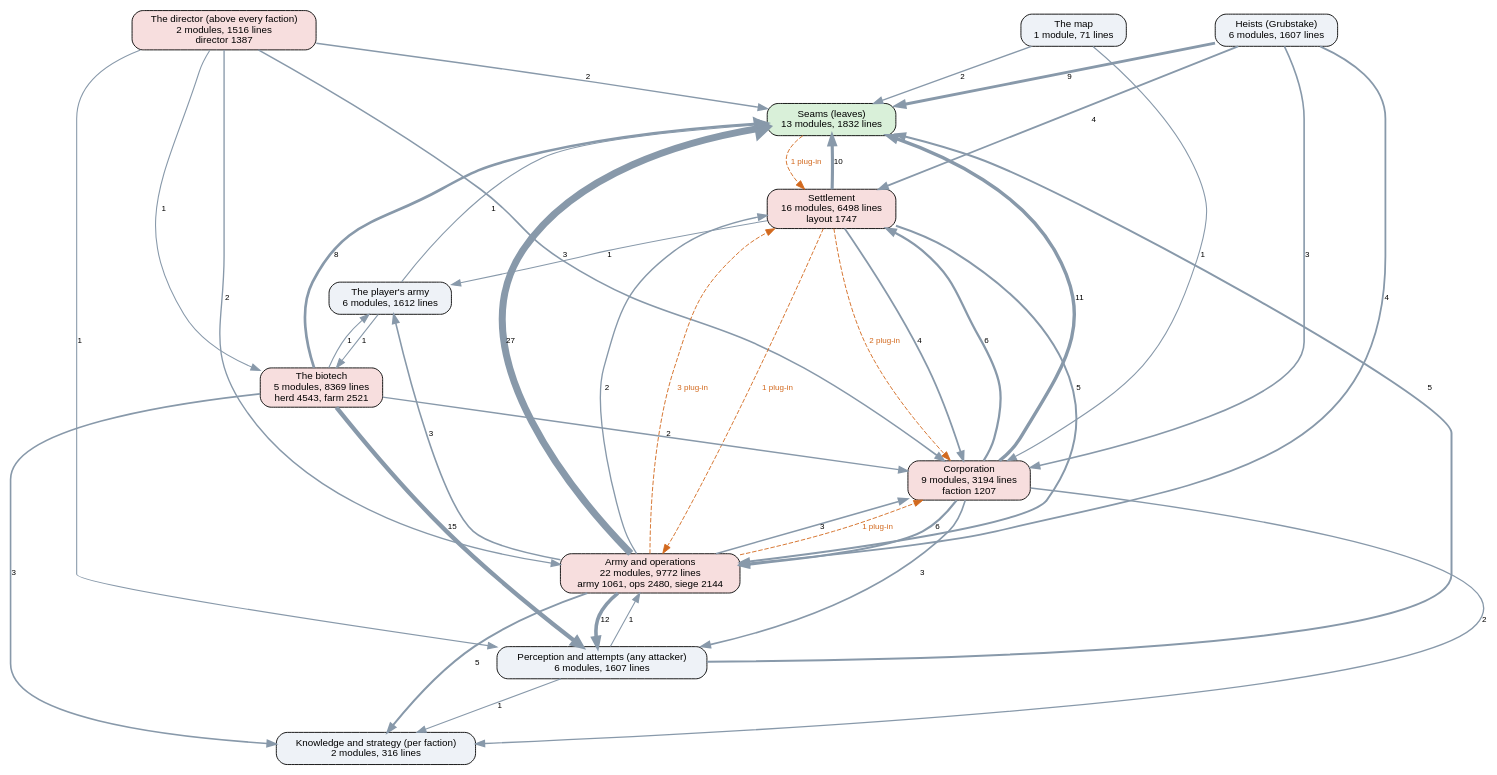
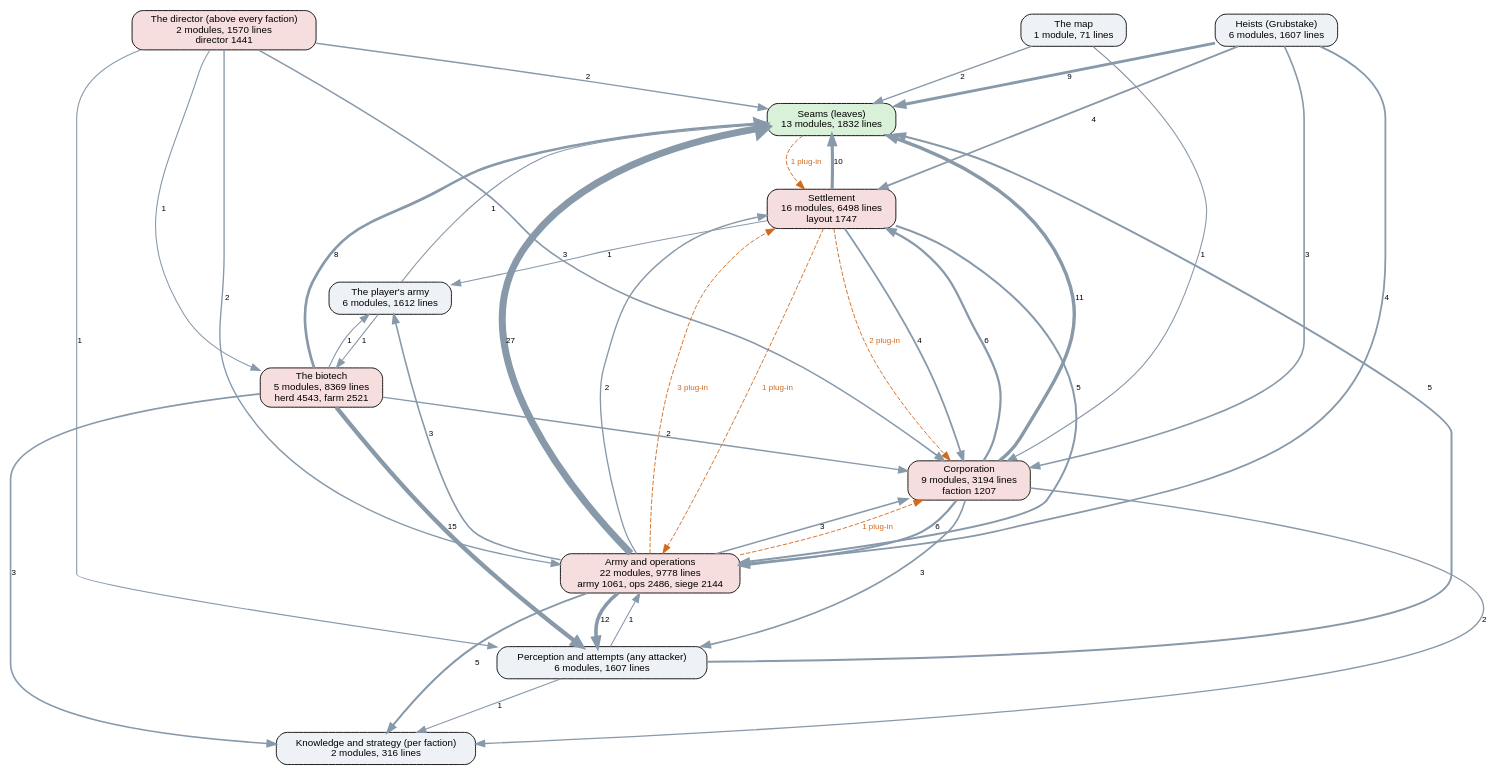
Before and after one commit to kinelhu/landing-party: the diagram in docs/ai-layers.dot, drawn with Graphviz. The commit also changed 13 other files, not shown here.

First line of the commit message:
The bounty: a director beat, the player's building of most value the camps at war know is tagged and weighed 8 times by every camp for 15 minutes or till it falls. Panel button; scenario director bounty

```diff
--- a/docs/ai-layers.dot
+++ b/docs/ai-layers.dot
@@ -1,57 +1,57 @@
 digraph layers {
   graph [rankdir=TB, fontname="Helvetica", nodesep=0.5, ranksep=0.7];
   node [shape=box, style="rounded,filled", fontname="Helvetica", fontsize=11, fillcolor="#eef2f7"];
   edge [color="#8899aa", fontname="Helvetica", fontsize=9];
   "Seams (leaves)" [label="Seams (leaves)\n13 modules, 1832 lines", fillcolor="#d9f0d9"];
   "Perception and attempts (any attacker)" [label="Perception and attempts (any attacker)\n6 modules, 1607 lines", fillcolor="#eef2f7"];
   "Knowledge and strategy (per faction)" [label="Knowledge and strategy (per faction)\n2 modules, 316 lines", fillcolor="#eef2f7"];
-  "The director (above every faction)" [label="The director (above every faction)\n2 modules, 1516 lines\ndirector 1387", fillcolor="#f7dede"];
+  "The director (above every faction)" [label="The director (above every faction)\n2 modules, 1570 lines\ndirector 1441", fillcolor="#f7dede"];
   "Corporation" [label="Corporation\n9 modules, 3194 lines\nfaction 1207", fillcolor="#f7dede"];
   "Settlement" [label="Settlement\n16 modules, 6498 lines\nlayout 1747", fillcolor="#f7dede"];
-  "Army and operations" [label="Army and operations\n22 modules, 9772 lines\narmy 1061, ops 2480, siege 2144", fillcolor="#f7dede"];
+  "Army and operations" [label="Army and operations\n22 modules, 9778 lines\narmy 1061, ops 2486, siege 2144", fillcolor="#f7dede"];
   "Heists (Grubstake)" [label="Heists (Grubstake)\n6 modules, 1607 lines", fillcolor="#eef2f7"];
   "The biotech" [label="The biotech\n5 modules, 8369 lines\nherd 4543, farm 2521", fillcolor="#f7dede"];
   "The map" [label="The map\n1 module, 71 lines", fillcolor="#eef2f7"];
   "The player's army" [label="The player's army\n6 modules, 1612 lines", fillcolor="#eef2f7"];
   "Army and operations" -> "Corporation" [label="3", penwidth=1.8];
   "Army and operations" -> "Knowledge and strategy (per faction)" [label="5", penwidth=2.2];
   "Army and operations" -> "Perception and attempts (any attacker)" [label="12", penwidth=4.0];
   "Army and operations" -> "Seams (leaves)" [label="27", penwidth=7.8];
   "Army and operations" -> "Settlement" [label="2", penwidth=1.5];
   "Army and operations" -> "The player's army" [label="3", penwidth=1.8];
   "Corporation" -> "Army and operations" [label="6", penwidth=2.5];
   "Corporation" -> "Knowledge and strategy (per faction)" [label="2", penwidth=1.5];
   "Corporation" -> "Perception and attempts (any attacker)" [label="3", penwidth=1.8];
   "Corporation" -> "Seams (leaves)" [label="11", penwidth=3.8];
   "Corporation" -> "Settlement" [label="6", penwidth=2.5];
   "Heists (Grubstake)" -> "Army and operations" [label="4", penwidth=2.0];
   "Heists (Grubstake)" -> "Corporation" [label="3", penwidth=1.8];
   "Heists (Grubstake)" -> "Seams (leaves)" [label="9", penwidth=3.2];
   "Heists (Grubstake)" -> "Settlement" [label="4", penwidth=2.0];
   "Perception and attempts (any attacker)" -> "Army and operations" [label="1", penwidth=1.2];
   "Perception and attempts (any attacker)" -> "Knowledge and strategy (per faction)" [label="1", penwidth=1.2];
   "Perception and attempts (any attacker)" -> "Seams (leaves)" [label="5", penwidth=2.2];
   "Settlement" -> "Army and operations" [label="5", penwidth=2.2];
   "Settlement" -> "Corporation" [label="4", penwidth=2.0];
   "Settlement" -> "Seams (leaves)" [label="10", penwidth=3.5];
   "Settlement" -> "The player's army" [label="1", penwidth=1.2];
   "The biotech" -> "Corporation" [label="2", penwidth=1.5];
   "The biotech" -> "Knowledge and strategy (per faction)" [label="3", penwidth=1.8];
   "The biotech" -> "Perception and attempts (any attacker)" [label="15", penwidth=4.8];
   "The biotech" -> "Seams (leaves)" [label="8", penwidth=3.0];
   "The biotech" -> "The player's army" [label="1", penwidth=1.2];
   "The director (above every faction)" -> "Army and operations" [label="2", penwidth=1.5];
   "The director (above every faction)" -> "Corporation" [label="3", penwidth=1.8];
   "The director (above every faction)" -> "Perception and attempts (any attacker)" [label="1", penwidth=1.2];
   "The director (above every faction)" -> "Seams (leaves)" [label="2", penwidth=1.5];
   "The director (above every faction)" -> "The biotech" [label="1", penwidth=1.2];
   "The map" -> "Corporation" [label="1", penwidth=1.2];
   "The map" -> "Seams (leaves)" [label="2", penwidth=1.5];
   "The player's army" -> "Seams (leaves)" [label="1", penwidth=1.2];
   "The player's army" -> "The biotech" [label="1", penwidth=1.2];
   "Army and operations" -> "Corporation" [style=dashed, color="#d2691e", fontcolor="#d2691e", label="1 plug-in"];
   "Army and operations" -> "Settlement" [style=dashed, color="#d2691e", fontcolor="#d2691e", label="3 plug-in"];
   "Seams (leaves)" -> "Settlement" [style=dashed, color="#d2691e", fontcolor="#d2691e", label="1 plug-in"];
   "Settlement" -> "Army and operations" [style=dashed, color="#d2691e", fontcolor="#d2691e", label="1 plug-in"];
   "Settlement" -> "Corporation" [style=dashed, color="#d2691e", fontcolor="#d2691e", label="2 plug-in"];
 }
```
